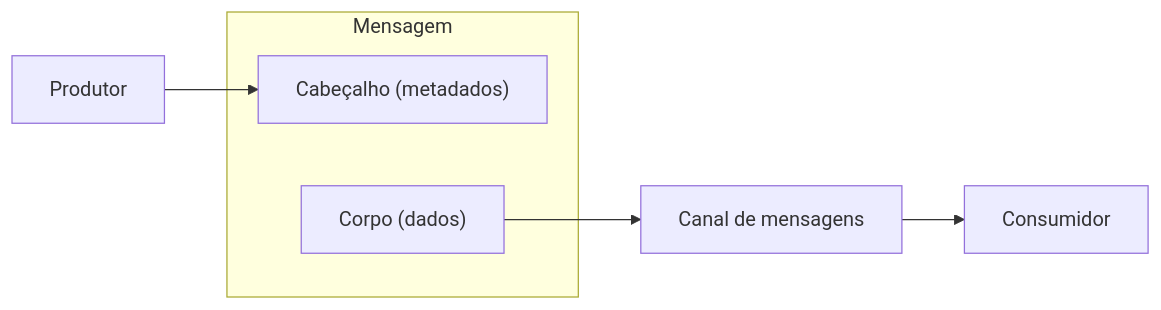
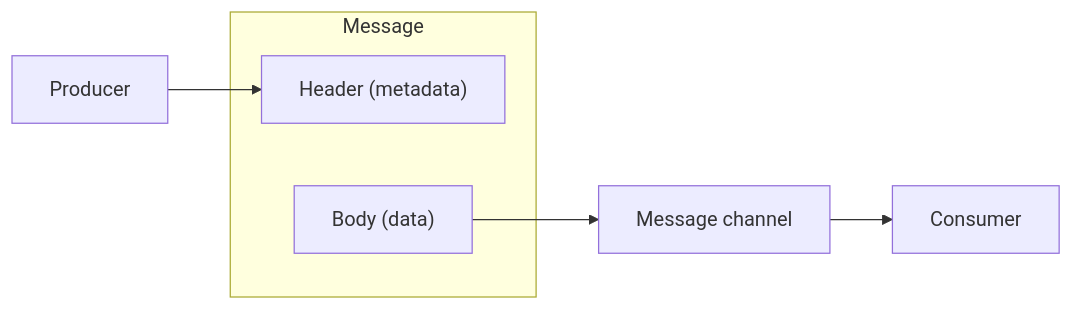
The diagram in docs/architecture/eip/message-construction/message.md (alancesar/design-patterns), drawn with Mermaid before and after one commit. The commit also changed 258 other files, not shown here.

First line of the commit message:
Translate Mermaid diagrams to English

````diff
--- a/docs/architecture/eip/message-construction/message.md
+++ b/docs/architecture/eip/message-construction/message.md
@@ -49,10 +49,10 @@
 ```mermaid
 flowchart LR
-    P["Produtor"] --> H
-    subgraph M["Mensagem"]
-        H["Cabeçalho (metadados)"]
-        B["Corpo (dados)"]
+    P["Producer"] --> H
+    subgraph M["Message"]
+        H["Header (metadata)"]
+        B["Body (data)"]
     end
-    B --> C["Canal de mensagens"]
-    C --> R["Consumidor"]
+    B --> C["Message channel"]
+    C --> R["Consumer"]
 ```
````
